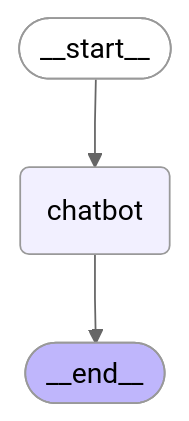
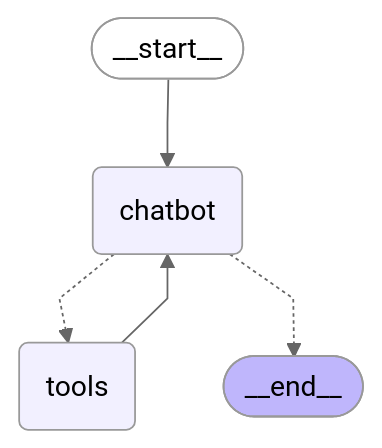
The diagram in graph_output.md (mjm3853/try-langgraph), drawn with Mermaid (neutral theme) before and after one commit. The commit also changed 7 other files, not shown here.

````diff
--- a/graph_output.md
+++ b/graph_output.md
@@ -1,17 +1,20 @@
 ```mermaid
 ---
 config:
   flowchart:
     curve: linear
 ---
 graph TD;
 	__start__([<p>__start__</p>]):::first
 	chatbot(chatbot)
+	tools(tools)
 	__end__([<p>__end__</p>]):::last
 	__start__ --> chatbot;
-	chatbot --> __end__;
+	tools --> chatbot;
+	chatbot -.-> tools;
+	chatbot -.-> __end__;
 	classDef default fill:#f2f0ff,line-height:1.2
 	classDef first fill-opacity:0
 	classDef last fill:#bfb6fc
 
 ```
````
